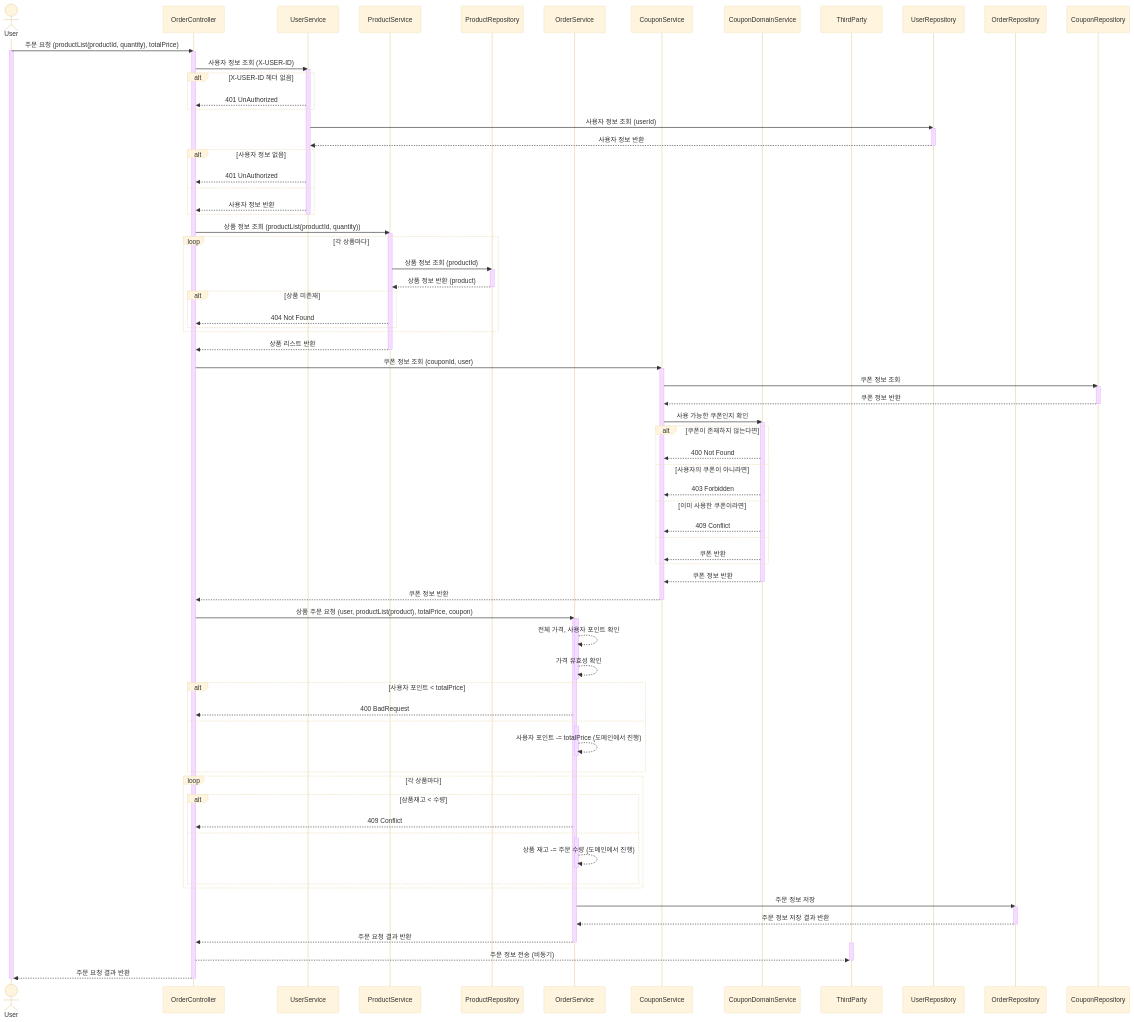
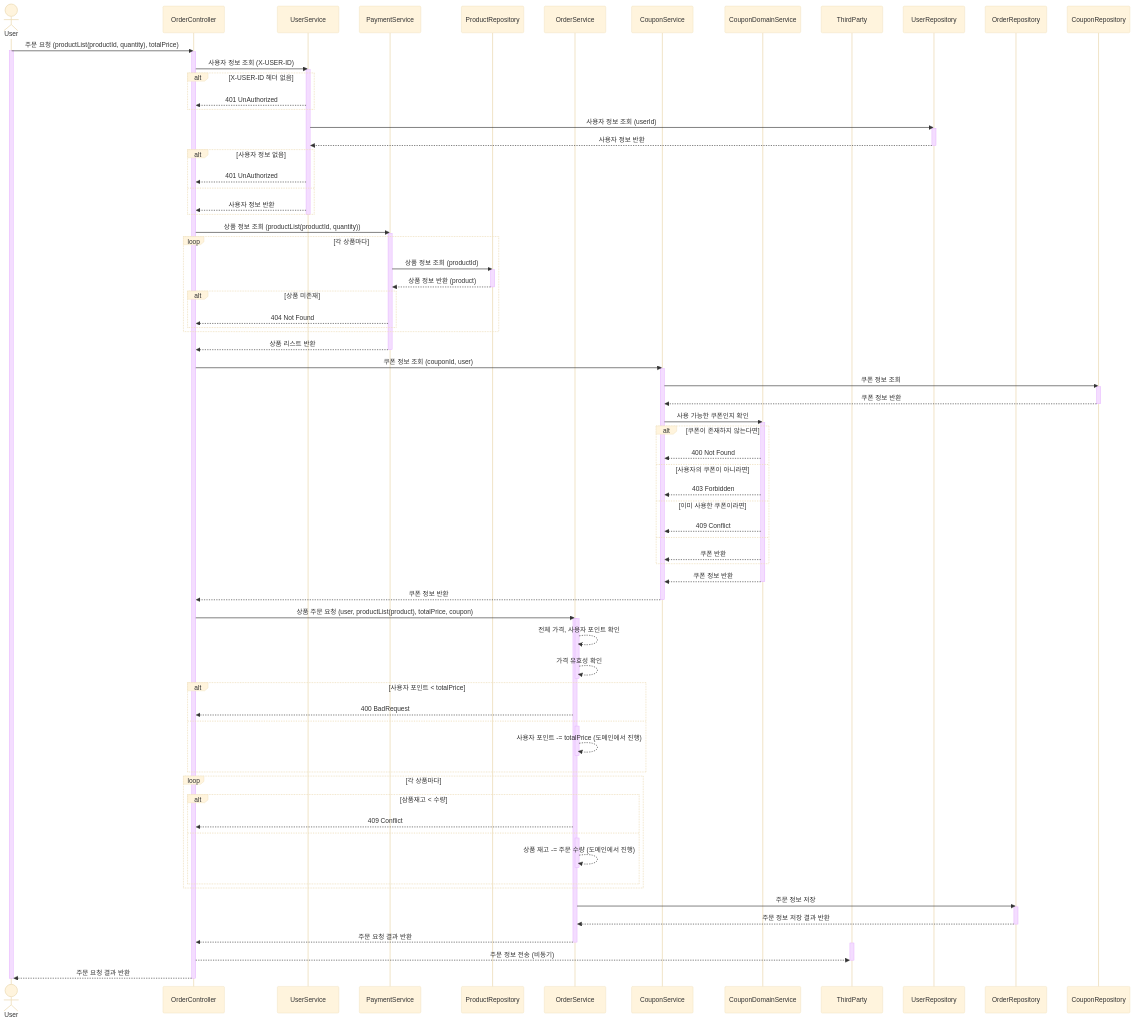
Before and after one commit to soyeonnnb/loopers-java-template: the tenth of 13 diagrams in docs/design/02-sequence-diagrams.md, drawn with Mermaid (base theme). The commit also changed 4 other files, not shown here.

```diff
--- a/docs/design/02-sequence-diagrams.md
+++ b/docs/design/02-sequence-diagrams.md
@@ -549,6 +549,7 @@
 	participant OS as OrderService
 	participant CS as CouponService
 	participant CDS as CouponDomainService
+	participant PS as PaymentService
 	participant TP as ThirdParty
 	participant UR as UserRepository
 	participant OR as OrderRepository
```
